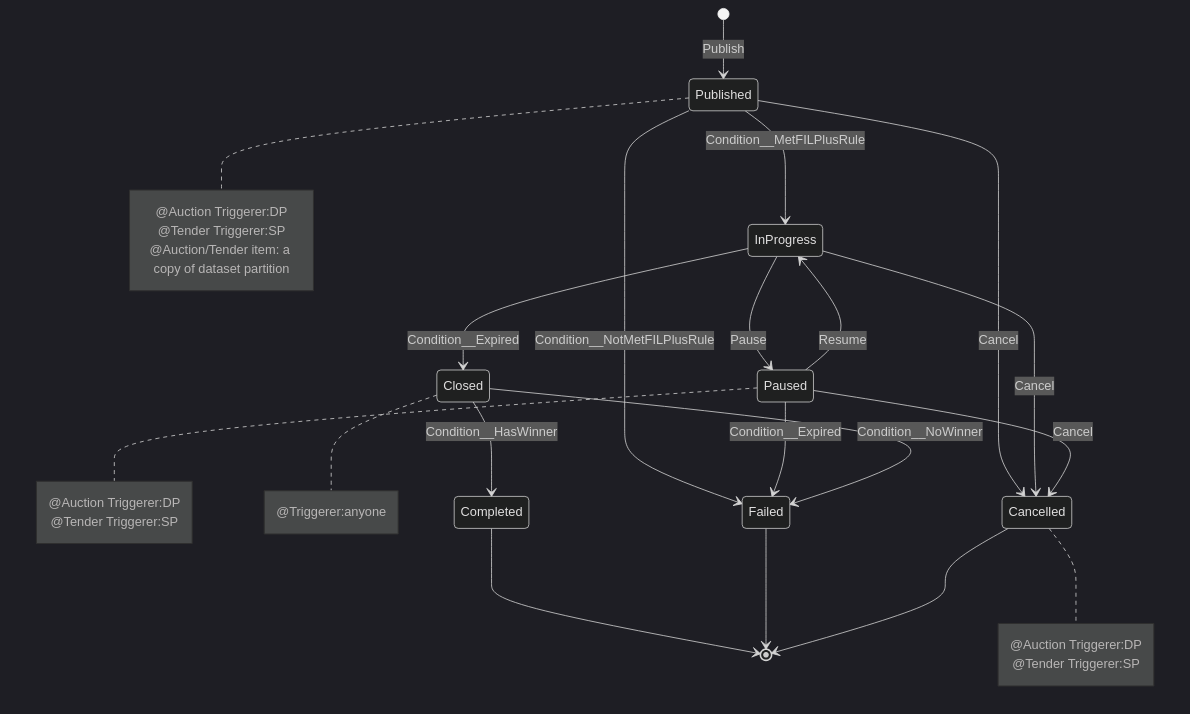
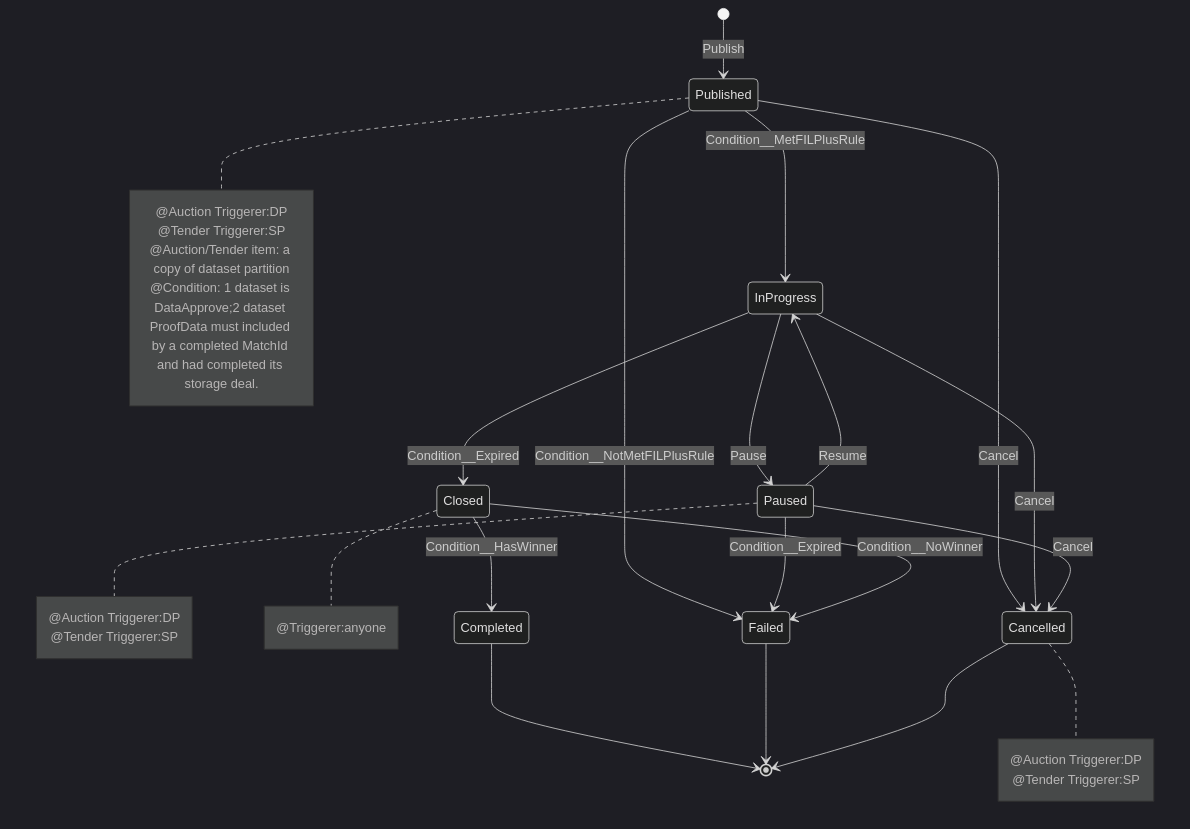
One commit to dataswap/specs changed the second of 4 diagrams in systems/README.md. Above: the diagram before and after it, drawn with Mermaid (dark theme). The commit also changed other lines of this file, not shown here.

````diff
--- a/systems/README.md
+++ b/systems/README.md
@@ -141,35 +141,36 @@
 ```mermaid
 stateDiagram
     [*]          --> Published:Publish
     Published    --> InProgress:Condition__MetFILPlusRule
     Published    --> Failed:Condition__NotMetFILPlusRule
     InProgress   --> Paused:Pause
     Paused       --> InProgress:Resume
     Paused       --> Failed:Condition__Expired
     Published    --> Cancelled:Cancel
     InProgress   --> Cancelled:Cancel
     Paused       --> Cancelled:Cancel
     InProgress   --> Closed:Condition__Expired
     Closed       --> Failed:Condition__NoWinner
     Closed       --> Completed:Condition__HasWinner
     Completed    --> [*]
     Failed       --> [*]
     Cancelled    --> [*] 
 
     note right of Published
       @Auction Triggerer:DP
       @Tender Triggerer:SP
       @Auction/Tender item: a copy of dataset partition
+      @Condition: 1 dataset is DataApprove;2 dataset ProofData must included by a completed MatchId and had completed its storage deal.
     end note
     note right of Paused
       @Auction Triggerer:DP
       @Tender Triggerer:SP
     end note
     note right of Cancelled 
       @Auction Triggerer:DP
       @Tender Triggerer:SP
     end note
     note right of Closed
       @Triggerer:anyone
     end note
 ```
````
